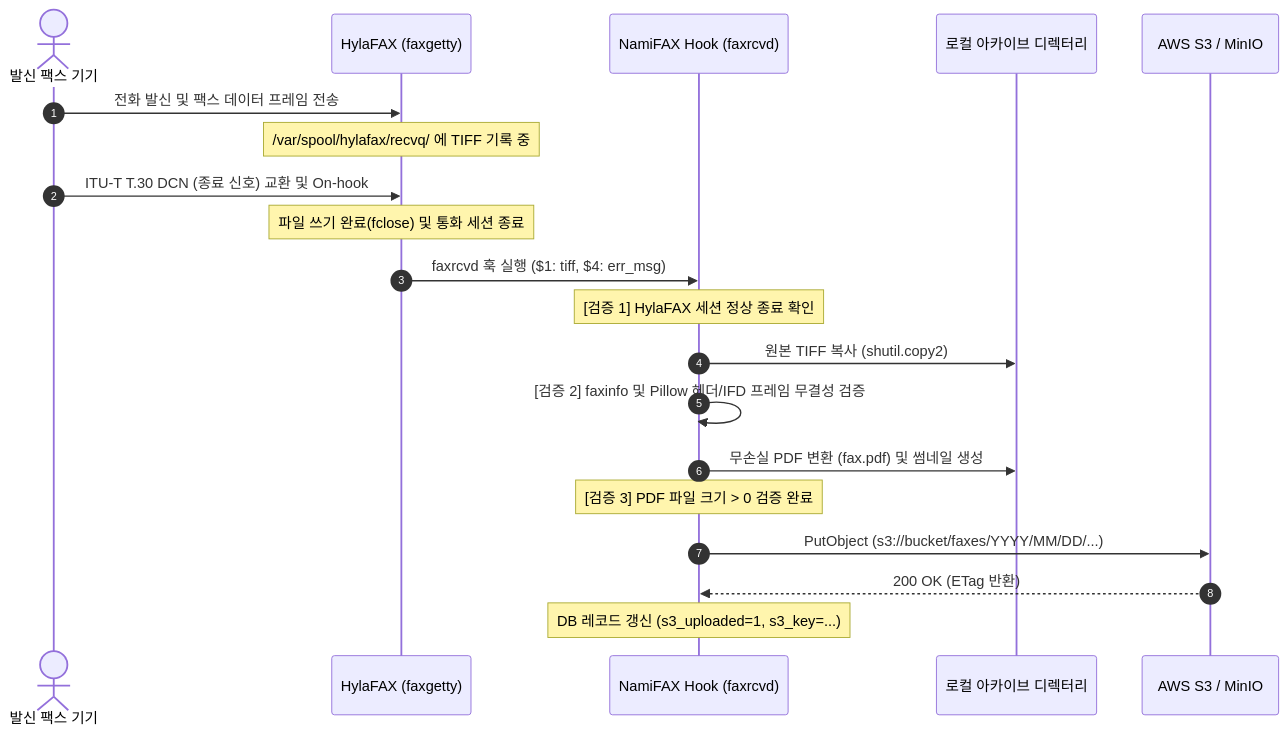
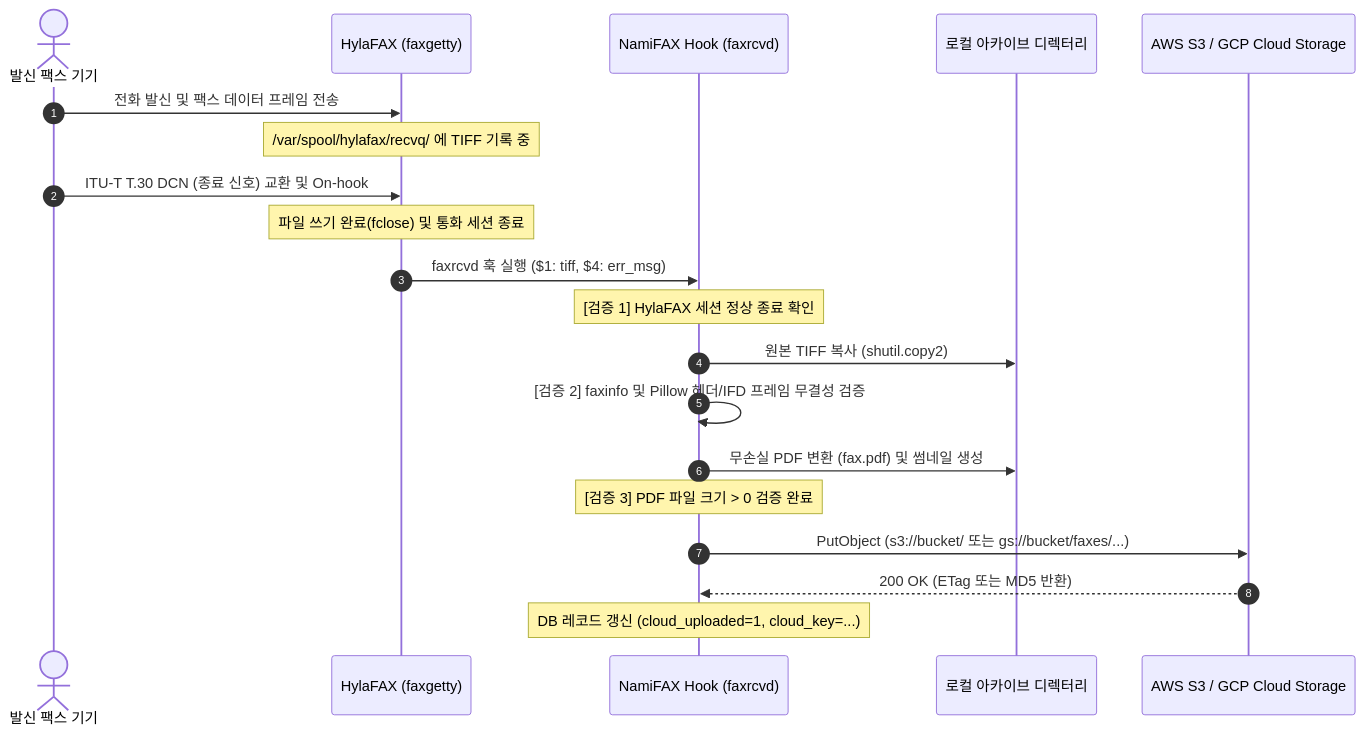
The diagram in docs/hylafax_avantfax_integration_architecture.md (search5/numfax), drawn with Mermaid before and after one commit. The commit also changed other lines of this file and 1 other file, not shown here.

Commit message:
docs: add AWS S3 and GCP Cloud Storage integration with remote lifecycle purge specifications

````diff
--- a/docs/hylafax_avantfax_integration_architecture.md
+++ b/docs/hylafax_avantfax_integration_architecture.md
@@ -333,27 +337,27 @@
 ```mermaid
 sequenceDiagram
     autonumber
     actor Sender as 발신 팩스 기기
     participant Modem as HylaFAX (faxgetty)
     participant Hook as NamiFAX Hook (faxrcvd)
     participant Local as 로컬 아카이브 디렉터리
-    participant S3 as AWS S3 / MinIO
+    participant Cloud as AWS S3 / GCP Cloud Storage
 
     Sender->>Modem: 전화 발신 및 팩스 데이터 프레임 전송
     Note over Modem: /var/spool/hylafax/recvq/ 에 TIFF 기록 중
     Sender->>Modem: ITU-T T.30 DCN (종료 신호) 교환 및 On-hook
     Note over Modem: 파일 쓰기 완료(fclose) 및 통화 세션 종료
     
     Modem->>Hook: faxrcvd 훅 실행 ($1: tiff, $4: err_msg)
     Note over Hook: [검증 1] HylaFAX 세션 정상 종료 확인
     
     Hook->>Local: 원본 TIFF 복사 (shutil.copy2)
     Hook->>Hook: [검증 2] faxinfo 및 Pillow 헤더/IFD 프레임 무결성 검증
     
     Hook->>Local: 무손실 PDF 변환 (fax.pdf) 및 썸네일 생성
     Note over Hook: [검증 3] PDF 파일 크기 > 0 검증 완료
     
-    Hook->>S3: PutObject (s3://bucket/faxes/YYYY/MM/DD/...)
-    S3-->>Hook: 200 OK (ETag 반환)
-    Note over Hook: DB 레코드 갱신 (s3_uploaded=1, s3_key=...)
+    Hook->>Cloud: PutObject (s3://bucket/ 또는 gs://bucket/faxes/...)
+    Cloud-->>Hook: 200 OK (ETag 또는 MD5 반환)
+    Note over Hook: DB 레코드 갱신 (cloud_uploaded=1, cloud_key=...)
 ```
````
